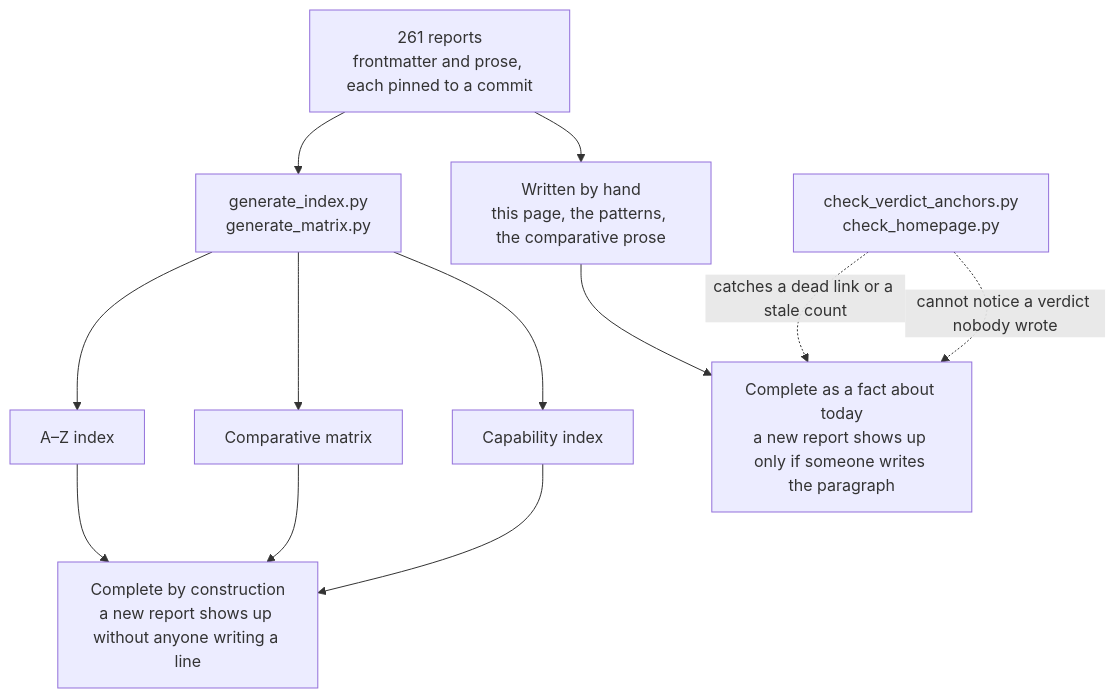
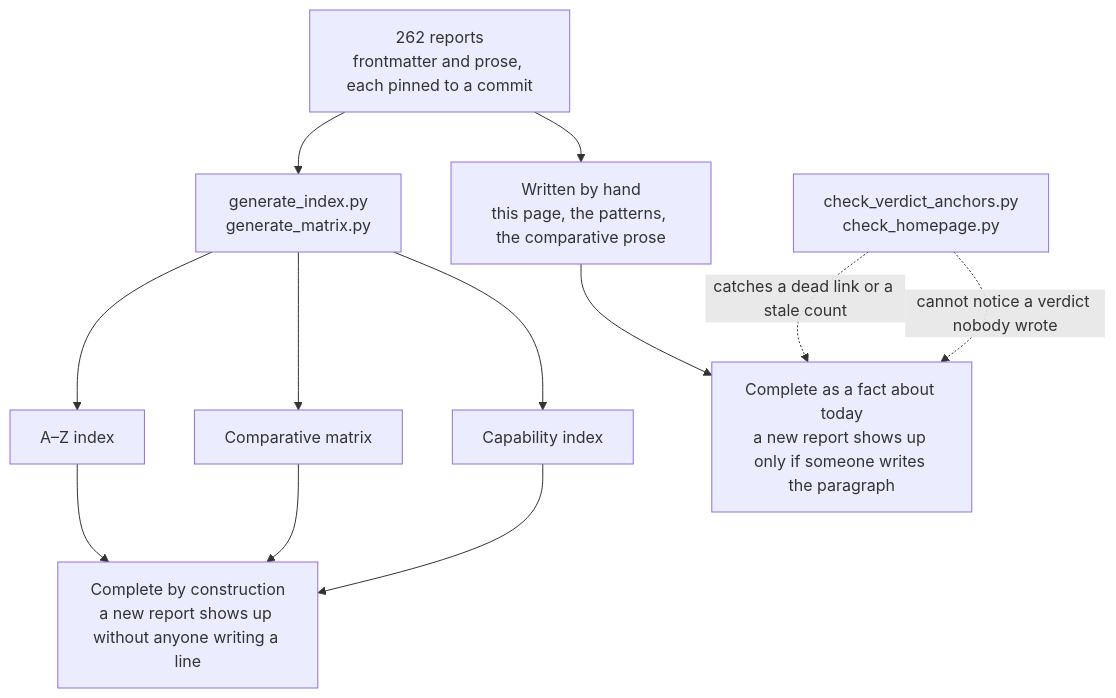
The diagram in content/verdicts.md (neoneye/agent-memory-atlas), drawn with Mermaid before and after one commit. The commit also changed other lines of this file and 19 other files, not shown here.

````diff
--- a/content/verdicts.md
+++ b/content/verdicts.md
@@ -40,15 +40,15 @@
 ```mermaid
 flowchart TD
-    R["261 reports<br/>frontmatter and prose, each pinned to a commit"]
+    R["262 reports<br/>frontmatter and prose, each pinned to a commit"]
     R --> GEN["generate_index.py<br/>generate_matrix.py"]
     R --> HAND["Written by hand<br/>this page, the patterns, the comparative prose"]
     GEN --> AZ["A–Z index"]
     GEN --> MX["Comparative matrix"]
     GEN --> CI["Capability index"]
     AZ --> CONST["Complete by construction<br/>a new report shows up without anyone writing a line"]
     MX --> CONST
     CI --> CONST
     HAND --> TODAY["Complete as a fact about today<br/>a new report shows up only if someone writes the paragraph"]
     CHK["check_verdict_anchors.py<br/>check_homepage.py"] -.->|"catches a dead link or a stale count"| TODAY
     CHK -.->|"cannot notice a verdict nobody wrote"| TODAY
 ```
````
